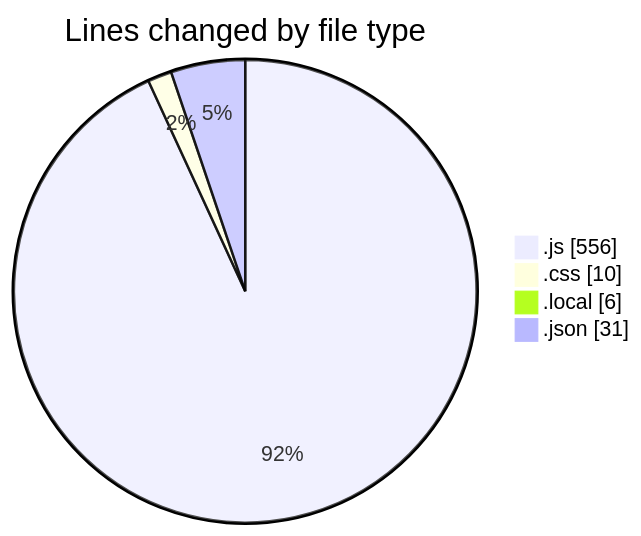
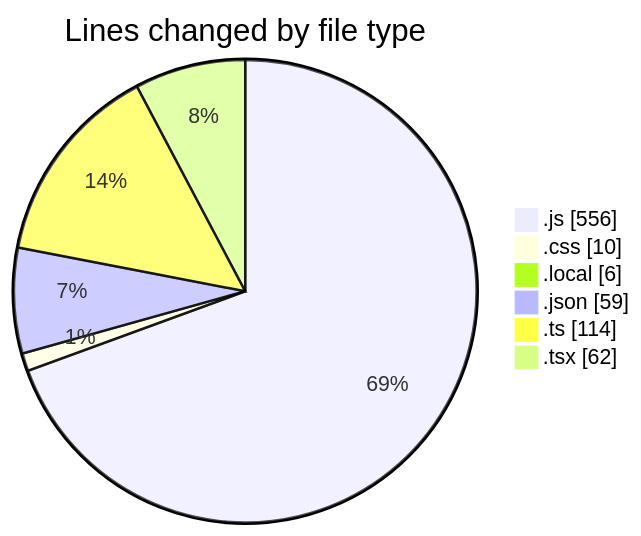
The first of 2 diagrams in 2025-05-04/houserentalservice/README.md (Ritupan-Deka/code-tracking), drawn with Mermaid before and after one commit. The commit also changed other lines of this file and 1 other file, not shown here.

````diff
--- a/2025-05-04/houserentalservice/README.md
+++ b/2025-05-04/houserentalservice/README.md
@@ -39,8 +45,10 @@
 ```mermaid
 pie showData
 title Lines changed by file type
 ".js" : 556
 ".css" : 10
 ".local" : 6
-".json" : 31
+".json" : 59
+".ts" : 114
+".tsx" : 62
 ```
````
